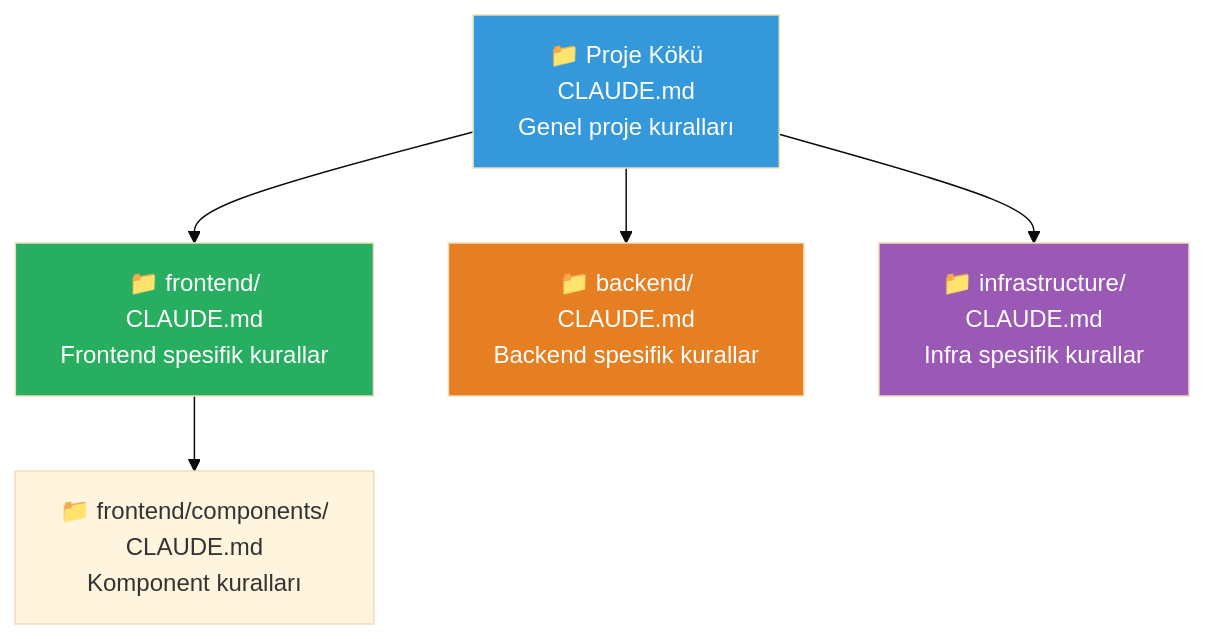
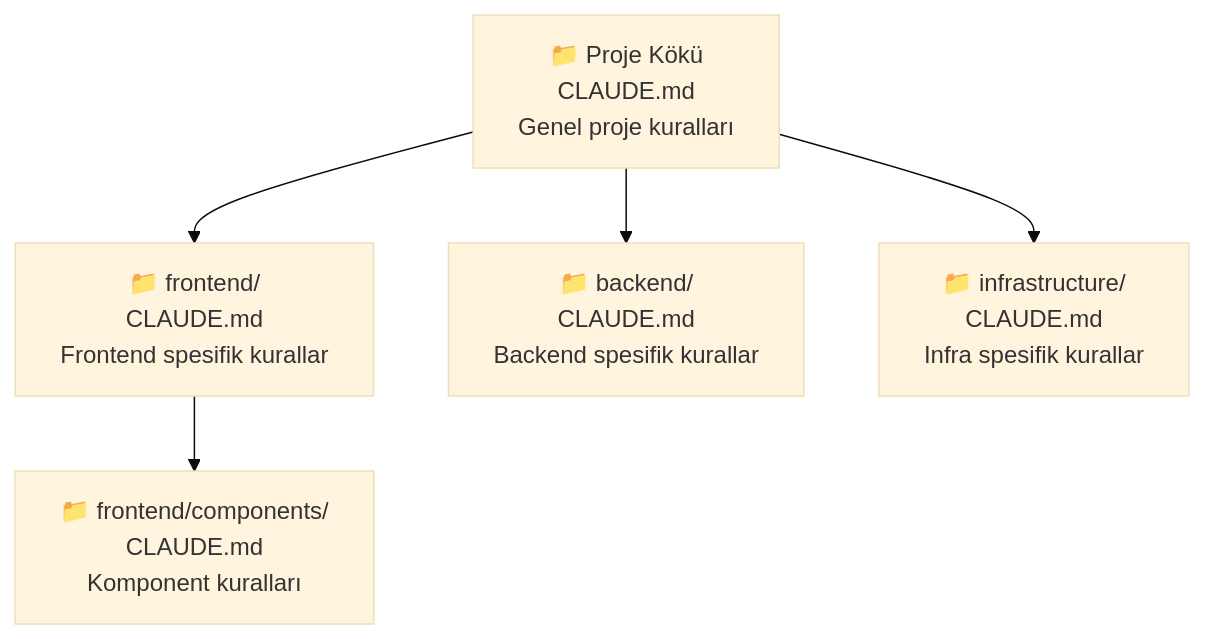
One commit to IzzetYasinAtes/ClaudeCodeHandbook changed the second of 5 diagrams in 18-kurumsal-kullanim/01-takim-kullanimi-ve-yonetim.md. Above: the diagram before and after it, drawn with Mermaid (base theme). The commit also changed other lines of this file and 97 other files, not shown here.

Commit message:
Remove all custom Mermaid style/fill colors from 98 markdown files for consistent dark theme rendering

````diff
--- a/18-kurumsal-kullanim/01-takim-kullanimi-ve-yonetim.md
+++ b/18-kurumsal-kullanim/01-takim-kullanimi-ve-yonetim.md
@@ -81,13 +77,9 @@
 ```mermaid
 flowchart TD
     ROOT["📁 Proje Kökü<br/>CLAUDE.md<br/>Genel proje kuralları"] --> FE["📁 frontend/<br/>CLAUDE.md<br/>Frontend spesifik kurallar"]
     ROOT --> BE["📁 backend/<br/>CLAUDE.md<br/>Backend spesifik kurallar"]
     ROOT --> INFRA["📁 infrastructure/<br/>CLAUDE.md<br/>Infra spesifik kurallar"]
 
     FE --> COMP["📁 frontend/components/<br/>CLAUDE.md<br/>Komponent kuralları"]
 
-    style ROOT fill:#3498DB,color:#fff
-    style FE fill:#27AE60,color:#fff
-    style BE fill:#E67E22,color:#fff
-    style INFRA fill:#9B59B6,color:#fff
 ```
````
